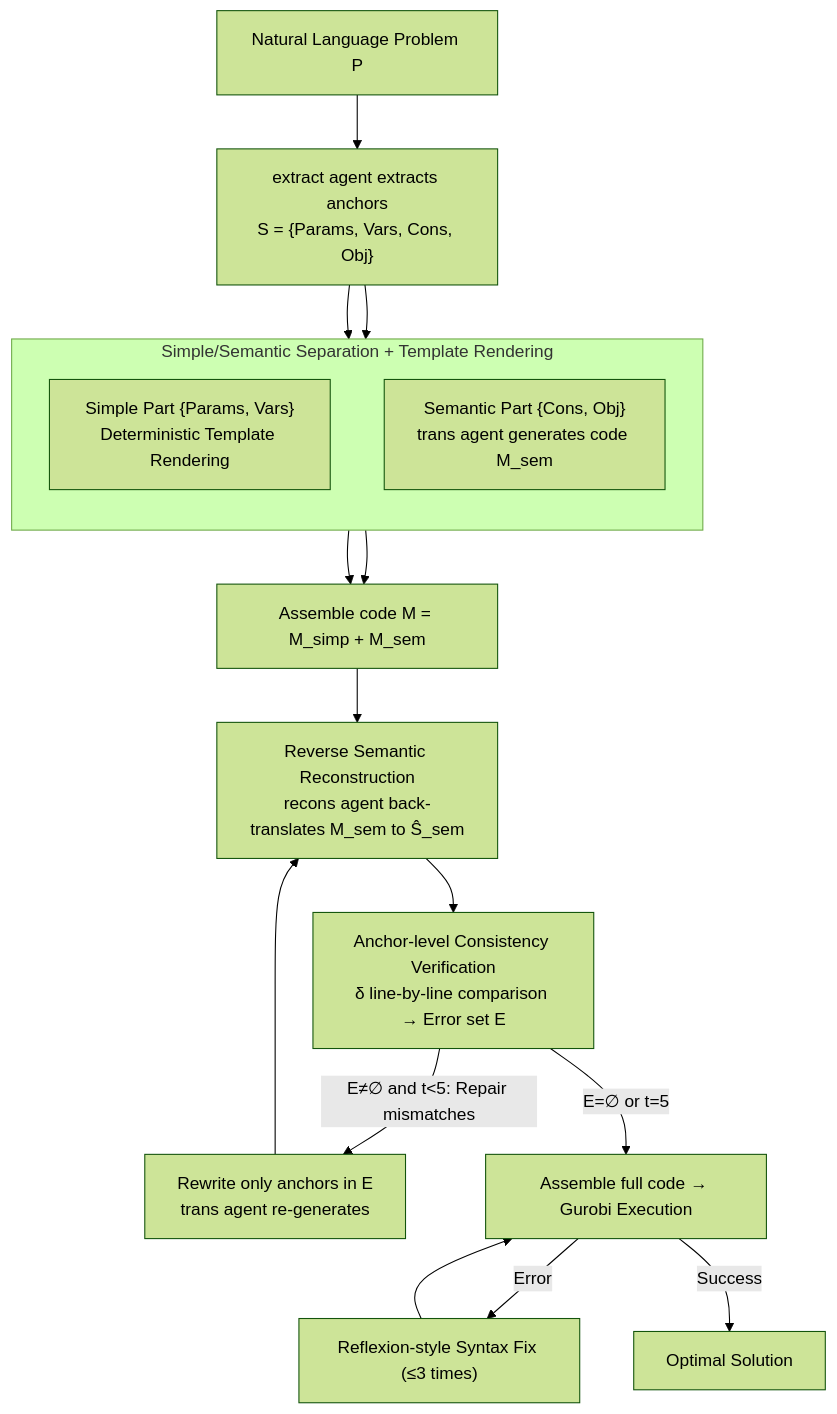
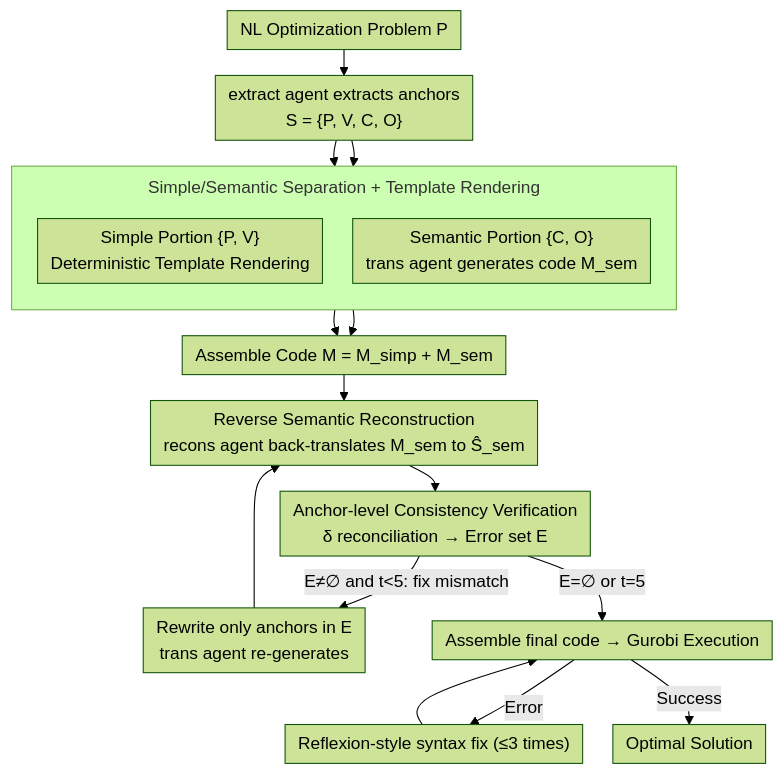
The diagram in docs/ICML2026/llm_nlp/sac-opt_semantic_anchors_for_iterative_correction_in_optimization_modeling.md (zhaoyang97/Paper-Notes-en), drawn with Mermaid (forest theme) before and after one commit. The commit also changed other lines of this file and 5084 other files, not shown here.

````diff
--- a/docs/ICML2026/llm_nlp/sac-opt_semantic_anchors_for_iterative_correction_in_optimization_modeling.md
+++ b/docs/ICML2026/llm_nlp/sac-opt_semantic_anchors_for_iterative_correction_in_optimization_modeling.md
@@ -45,21 +43,22 @@
 ```mermaid
-graph TD
-    A["Natural Language Problem P"] --> B["extract agent extracts anchors<br/>S = {Params, Vars, Cons, Obj}"]
+%%{init: {'flowchart': {'rankSpacing': 24, 'nodeSpacing': 28, 'padding': 6, 'wrappingWidth': 400, 'subGraphTitleMargin': {'top': 8, 'bottom': 16}}}}%%
+flowchart TD
+    A["NL Optimization Problem P"] --> B["extract agent extracts anchors<br/>S = {P, V, C, O}"]
     subgraph D1["Simple/Semantic Separation + Template Rendering"]
         direction TB
-        C["Simple Part {Params, Vars}<br/>Deterministic Template Rendering"]
-        E["Semantic Part {Cons, Obj}<br/>trans agent generates code M_sem"]
+        C["Simple Portion {P, V}<br/>Deterministic Template Rendering"]
+        E["Semantic Portion {C, O}<br/>trans agent generates code M_sem"]
     end
     B --> C
     B --> E
-    C --> F["Assemble code M = M_simp + M_sem"]
+    C --> F["Assemble Code M = M_simp + M_sem"]
     E --> F
     F --> G["Reverse Semantic Reconstruction<br/>recons agent back-translates M_sem to Ŝ_sem"]
-    G --> H["Anchor-level Consistency Verification<br/>δ line-by-line comparison → Error set E"]
-    H -->|"E≠∅ and t<5: Repair mismatches"| I["Rewrite only anchors in E<br/>trans agent re-generates"]
+    G --> H["Anchor-level Consistency Verification<br/>δ reconciliation → Error set E"]
+    H -->|"E≠∅ and t<5: fix mismatch"| I["Rewrite only anchors in E<br/>trans agent re-generates"]
     I --> G
-    H -->|"E=∅ or t=5"| J["Assemble full code → Gurobi Execution"]
-    J -->|"Error"| K["Reflexion-style Syntax Fix (≤3 times)"]
+    H -->|"E=∅ or t=5"| J["Assemble final code → Gurobi Execution"]
+    J -->|"Error"| K["Reflexion-style syntax fix (≤3 times)"]
     K --> J
     J -->|"Success"| L["Optimal Solution"]
 ```
````
